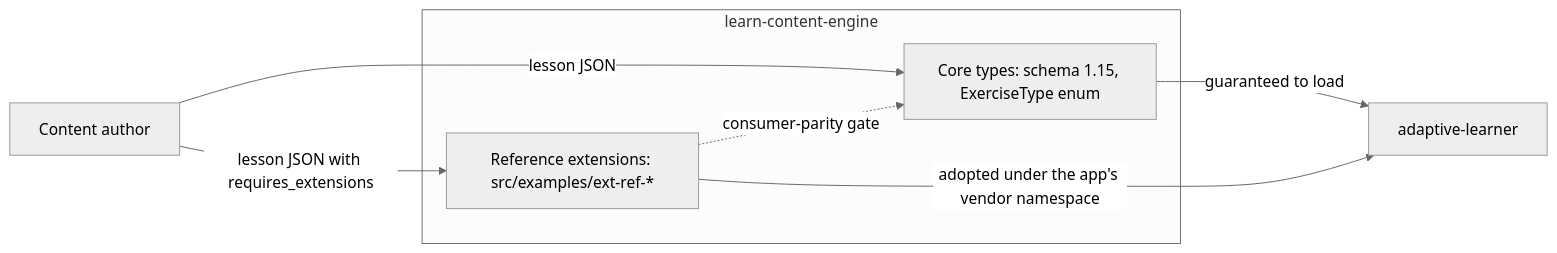
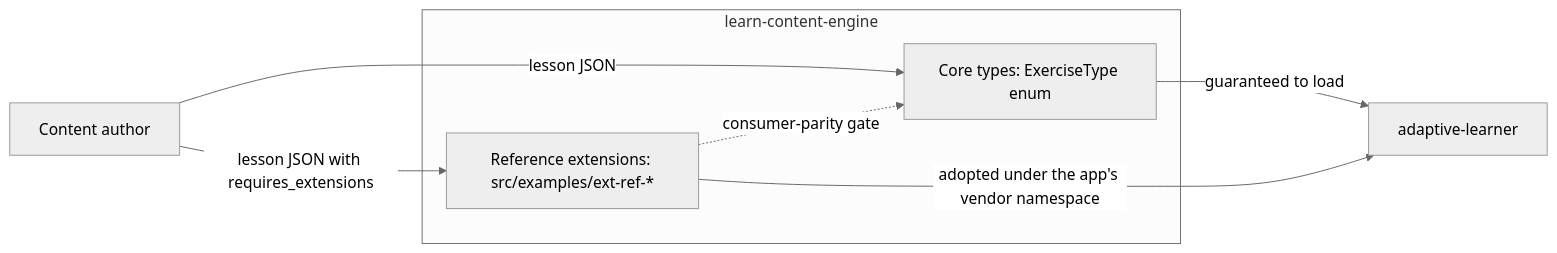
The first of 7 diagrams in docs/comparative-analysis.md (astrapi69/learn-content-engine), drawn with Mermaid (neutral theme) before and after one commit. The commit also changed other lines of this file and 28 other files, not shown here.

First line of the commit message:
fix(schema): x-schema-version 1.20 and a ledger gate in both directions; release 0.42.2 (#279) (#280)

````diff
--- a/docs/comparative-analysis.md
+++ b/docs/comparative-analysis.md
@@ -189,12 +189,12 @@
 ```mermaid
 flowchart LR
   Author[Content author] -->|lesson JSON| Core
   Author -->|lesson JSON with requires_extensions| Ref
   subgraph Engine[learn-content-engine]
-    Core[Core types: schema 1.15, ExerciseType enum]
+    Core[Core types: ExerciseType enum]
     Ref[Reference extensions: src/examples/ext-ref-*]
   end
   Core -->|guaranteed to load| App[adaptive-learner]
   Ref -->|adopted under the app's vendor namespace| App
   Ref -.->|consumer-parity gate| Core
 ```
````
